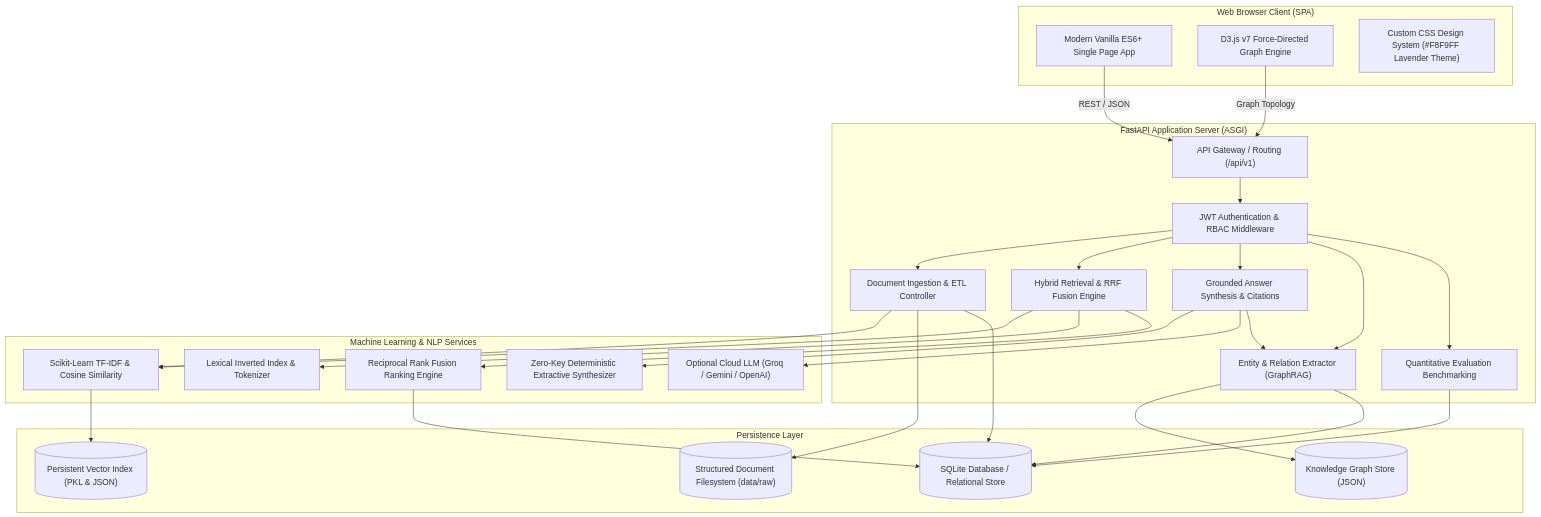
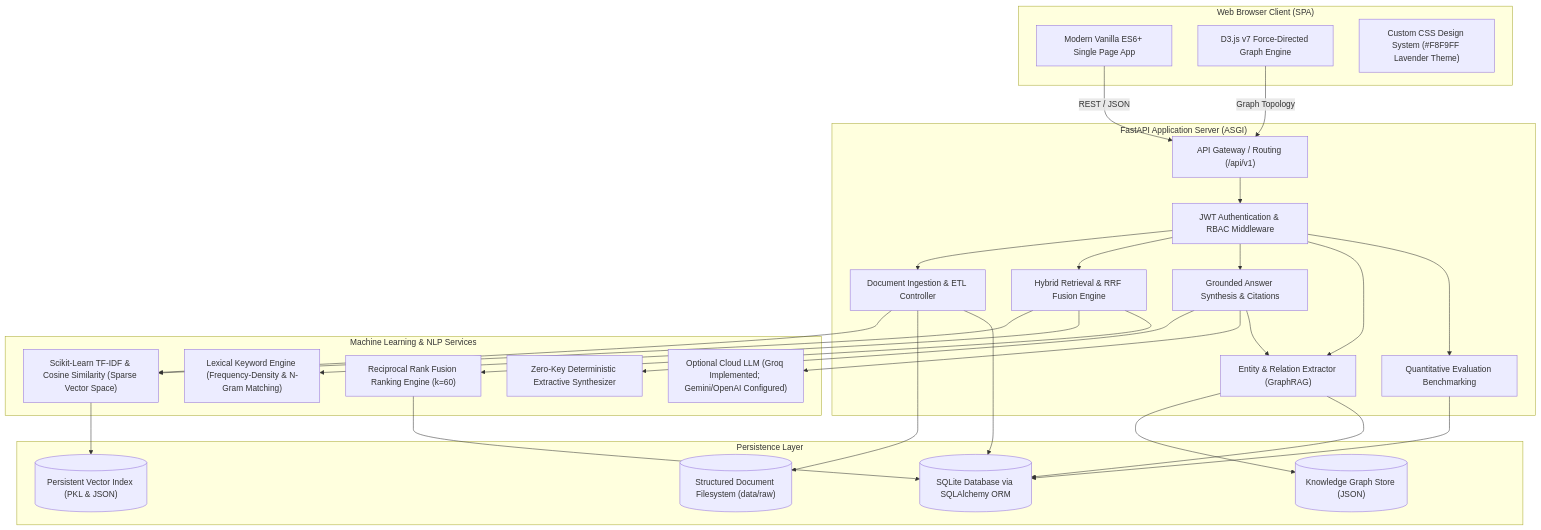
The diagram in README.md (shweeta1015/enterprise-knowledge-navigator), drawn with Mermaid before and after one commit. The commit also changed other lines of this file, not shown here.

````diff
--- a/README.md
+++ b/README.md
@@ -138,60 +136,60 @@
 ```mermaid
 flowchart TD
     subgraph Client["Web Browser Client (SPA)"]
         UI["Modern Vanilla ES6+ Single Page App"]
         D3["D3.js v7 Force-Directed Graph Engine"]
         CSS["Custom CSS Design System (#F8F9FF Lavender Theme)"]
     end
 
     subgraph API["FastAPI Application Server (ASGI)"]
         Router["API Gateway / Routing (/api/v1)"]
         AuthMiddleware["JWT Authentication & RBAC Middleware"]
         DocController["Document Ingestion & ETL Controller"]
         SearchController["Hybrid Retrieval & RRF Fusion Engine"]
         RAGController["Grounded Answer Synthesis & Citations"]
         GraphController["Entity & Relation Extractor (GraphRAG)"]
         EvalController["Quantitative Evaluation Benchmarking"]
     end
 
     subgraph Engine["Machine Learning & NLP Services"]
-        VectorService["Scikit-Learn TF-IDF & Cosine Similarity"]
-        BM25Service["Lexical Inverted Index & Tokenizer"]
-        RRF["Reciprocal Rank Fusion Ranking Engine"]
+        VectorService["Scikit-Learn TF-IDF & Cosine Similarity (Sparse Vector Space)"]
+        BM25Service["Lexical Keyword Engine (Frequency-Density & N-Gram Matching)"]
+        RRF["Reciprocal Rank Fusion Ranking Engine (k=60)"]
         ExtractiveRAG["Zero-Key Deterministic Extractive Synthesizer"]
-        CloudLLM["Optional Cloud LLM (Groq / Gemini / OpenAI)"]
+        CloudLLM["Optional Cloud LLM (Groq Implemented; Gemini/OpenAI Configured)"]
     end
 
     subgraph Storage["Persistence Layer"]
-        DB[("SQLite Database / Relational Store")]
+        DB[("SQLite Database via SQLAlchemy ORM")]
         VectorStore[("Persistent Vector Index (PKL & JSON)")]
         DocStore[("Structured Document Filesystem (data/raw)")]
         GraphStore[("Knowledge Graph Store (JSON)")]
     end
 
     UI -->|REST / JSON| Router
     D3 -->|Graph Topology| Router
     Router --> AuthMiddleware
     AuthMiddleware --> DocController
     AuthMiddleware --> SearchController
     AuthMiddleware --> RAGController
     AuthMiddleware --> GraphController
     AuthMiddleware --> EvalController
 
     DocController --> VectorService
     DocController --> DocStore
     DocController --> DB
 
     SearchController --> VectorService
     SearchController --> BM25Service
     SearchController --> RRF
     RRF --> DB
 
     RAGController --> ExtractiveRAG
     RAGController --> CloudLLM
     RAGController --> GraphController
 
     VectorService --> VectorStore
     GraphController --> GraphStore
     GraphController --> DB
     EvalController --> DB
 ```
````
